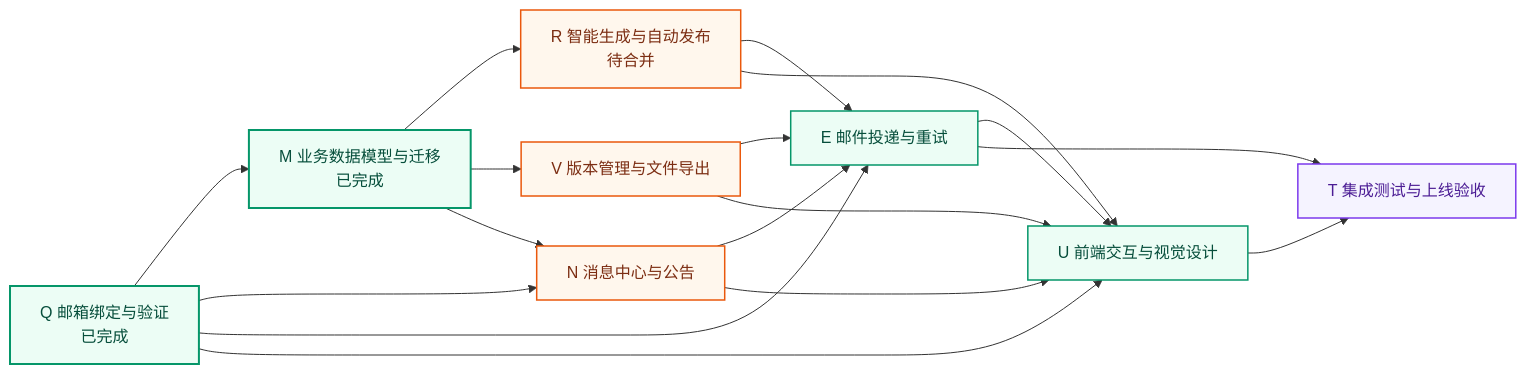
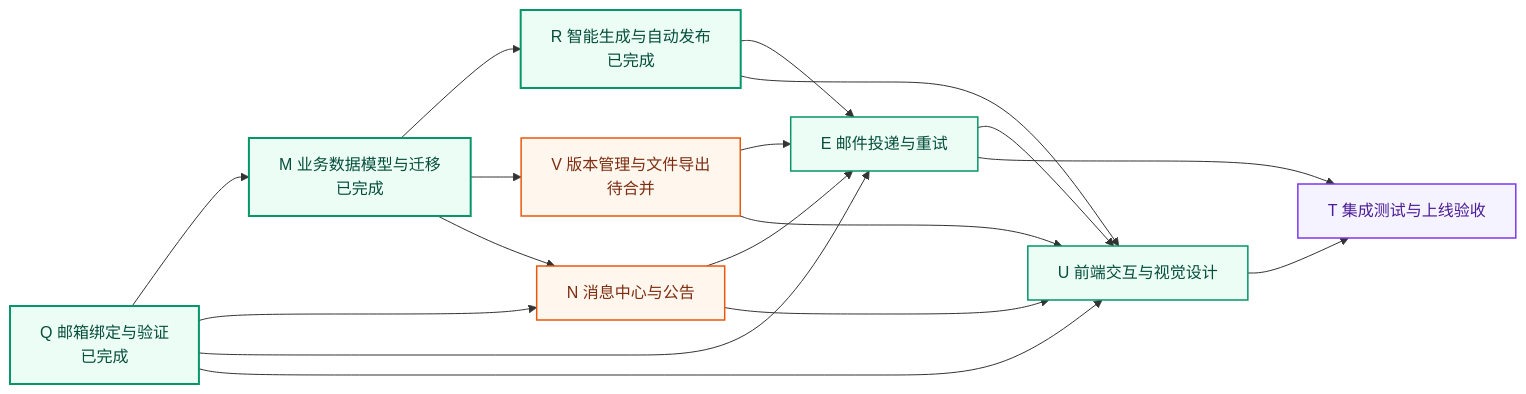
Before and after one commit to sky-k111/forge-sight: the third of 3 diagrams in README.md, drawn with Mermaid. The commit also changed 46 other files, not shown here.

````diff
--- a/README.md
+++ b/README.md
@@ -155,29 +155,29 @@
 ```mermaid
 flowchart LR
     Q[Q 邮箱绑定与验证<br/>已完成] --> M[M 业务数据模型与迁移<br/>已完成]
-    M --> R[R 智能生成与自动发布<br/>待合并]
-    M --> V[V 版本管理与文件导出]
+    M --> R[R 智能生成与自动发布<br/>已完成]
+    M --> V[V 版本管理与文件导出<br/>待合并]
     M --> N[N 消息中心与公告]
     Q --> N
     Q --> E[E 邮件投递与重试]
     R --> E
     V --> E
     N --> E
     Q --> U[U 前端交互与视觉设计]
     R --> U
     V --> U
     N --> U
     E --> U
     U --> T[T 集成测试与上线验收]
     E --> T
 
     classDef done fill:#ECFDF5,stroke:#059669,color:#064E3B,stroke-width:2px;
     classDef foundation fill:#EFF6FF,stroke:#2563EB,color:#1E3A8A,stroke-width:1.5px;
     classDef core fill:#FFF7ED,stroke:#EA580C,color:#7C2D12,stroke-width:1.5px;
     classDef delivery fill:#ECFDF5,stroke:#059669,color:#064E3B,stroke-width:1.5px;
     classDef quality fill:#F5F3FF,stroke:#7C3AED,color:#4C1D95,stroke-width:1.5px;
-    class Q,M done;
-    class R,V,N core;
+    class Q,M,R done;
+    class V,N core;
     class E,U delivery;
     class T quality;
 ```
````
